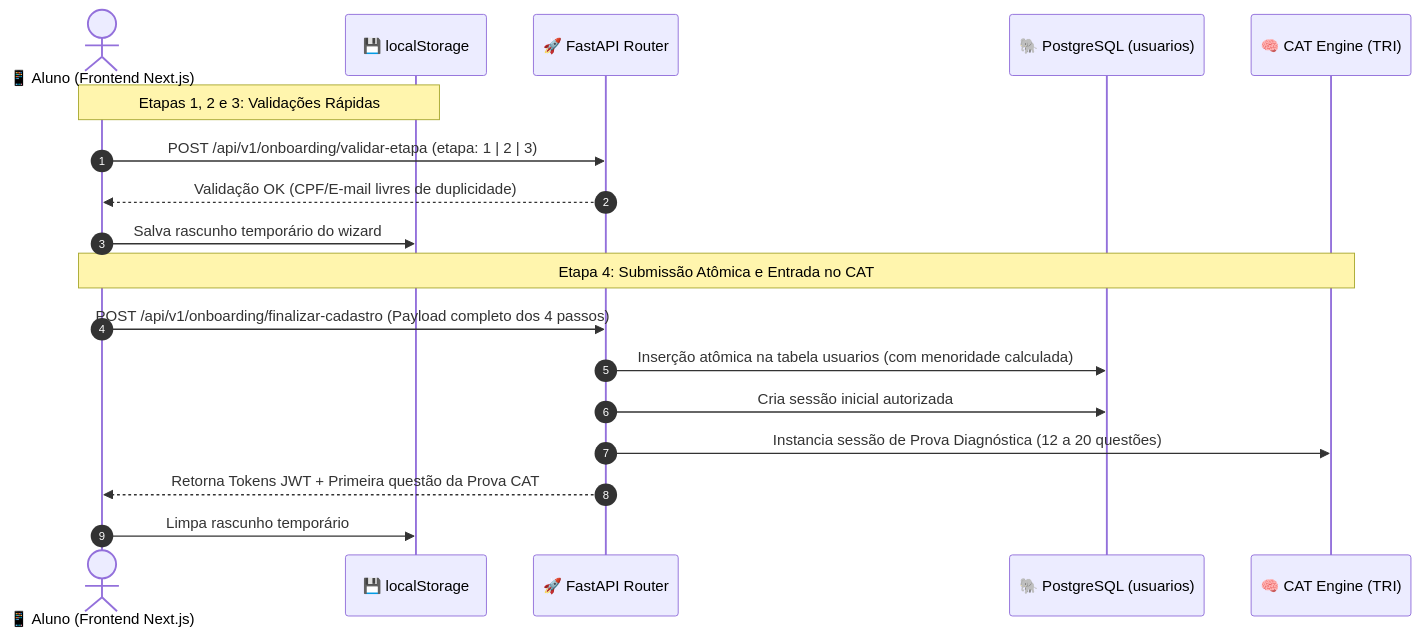
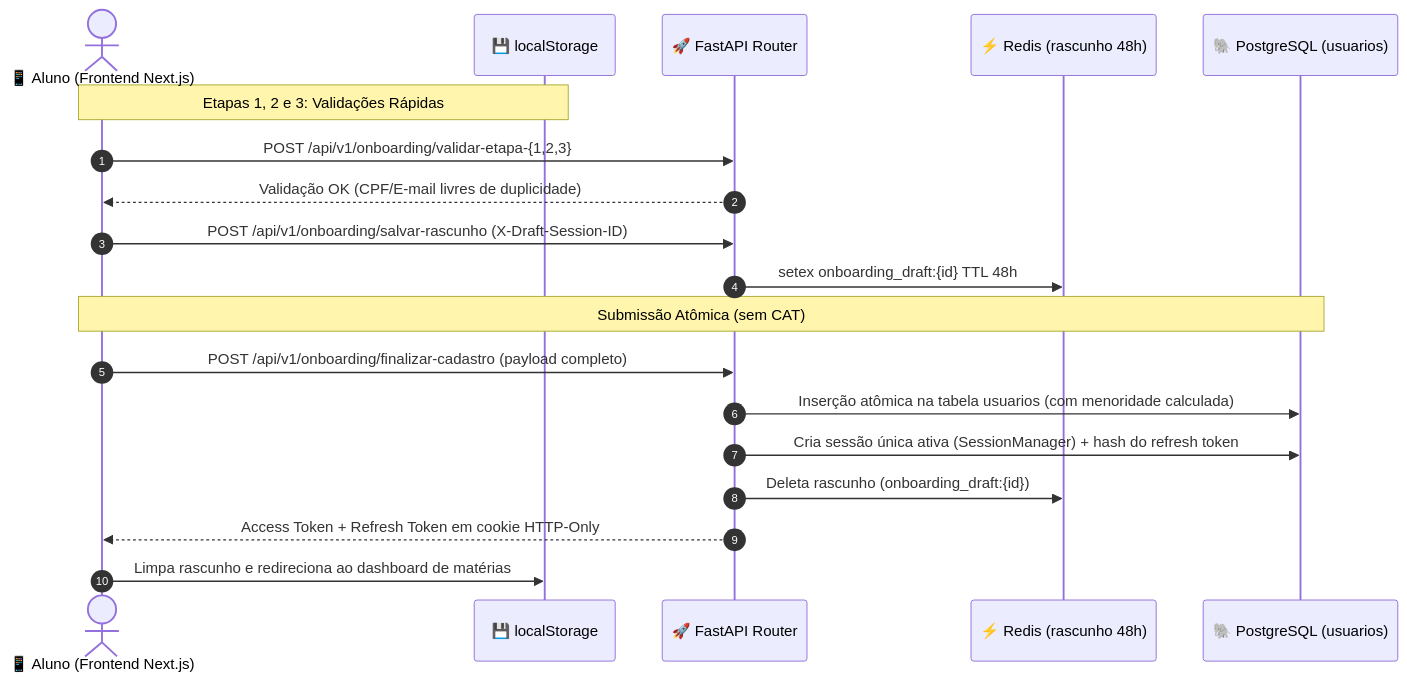
Before and after one commit to SiadeLucas/Tutor-Inteligente: the diagram in docs-site/docs/modules/onboarding/prototype/index.md, drawn with Mermaid. The commit also changed other lines of this file and 45 other files, not shown here.

Commit message:
feat: etapa 4 onboarding

````diff
--- a/docs-site/docs/modules/onboarding/prototype/index.md
+++ b/docs-site/docs/modules/onboarding/prototype/index.md
@@ -43,22 +43,23 @@
 ```mermaid
 sequenceDiagram
     autonumber
     actor Aluno as 📱 Aluno (Frontend Next.js)
     participant Local as 💾 localStorage
     participant API as 🚀 FastAPI Router
+    participant Redis as ⚡ Redis (rascunho 48h)
     participant DB as 🐘 PostgreSQL (usuarios)
-    participant CAT as 🧠 CAT Engine (TRI)
 
     Note over Aluno,Local: Etapas 1, 2 e 3: Validações Rápidas
-    Aluno->>API: POST /api/v1/onboarding/validar-etapa (etapa: 1 | 2 | 3)
+    Aluno->>API: POST /api/v1/onboarding/validar-etapa-{1,2,3}
     API-->>Aluno: Validação OK (CPF/E-mail livres de duplicidade)
-    Aluno->>Local: Salva rascunho temporário do wizard
+    Aluno->>API: POST /api/v1/onboarding/salvar-rascunho (X-Draft-Session-ID)
+    API->>Redis: setex onboarding_draft:{id} TTL 48h
 
-    Note over Aluno,CAT: Etapa 4: Submissão Atômica e Entrada no CAT
-    Aluno->>API: POST /api/v1/onboarding/finalizar-cadastro (Payload completo dos 4 passos)
+    Note over Aluno,DB: Submissão Atômica (sem CAT)
+    Aluno->>API: POST /api/v1/onboarding/finalizar-cadastro (payload completo)
     API->>DB: Inserção atômica na tabela usuarios (com menoridade calculada)
-    API->>DB: Cria sessão inicial autorizada
-    API->>CAT: Instancia sessão de Prova Diagnóstica (12 a 20 questões)
-    API-->>Aluno: Retorna Tokens JWT + Primeira questão da Prova CAT
-    Aluno->>Local: Limpa rascunho temporário
+    API->>DB: Cria sessão única ativa (SessionManager) + hash do refresh token
+    API->>Redis: Deleta rascunho (onboarding_draft:{id})
+    API-->>Aluno: Access Token + Refresh Token em cookie HTTP-Only
+    Aluno->>Local: Limpa rascunho e redireciona ao dashboard de matérias
 ```
````
